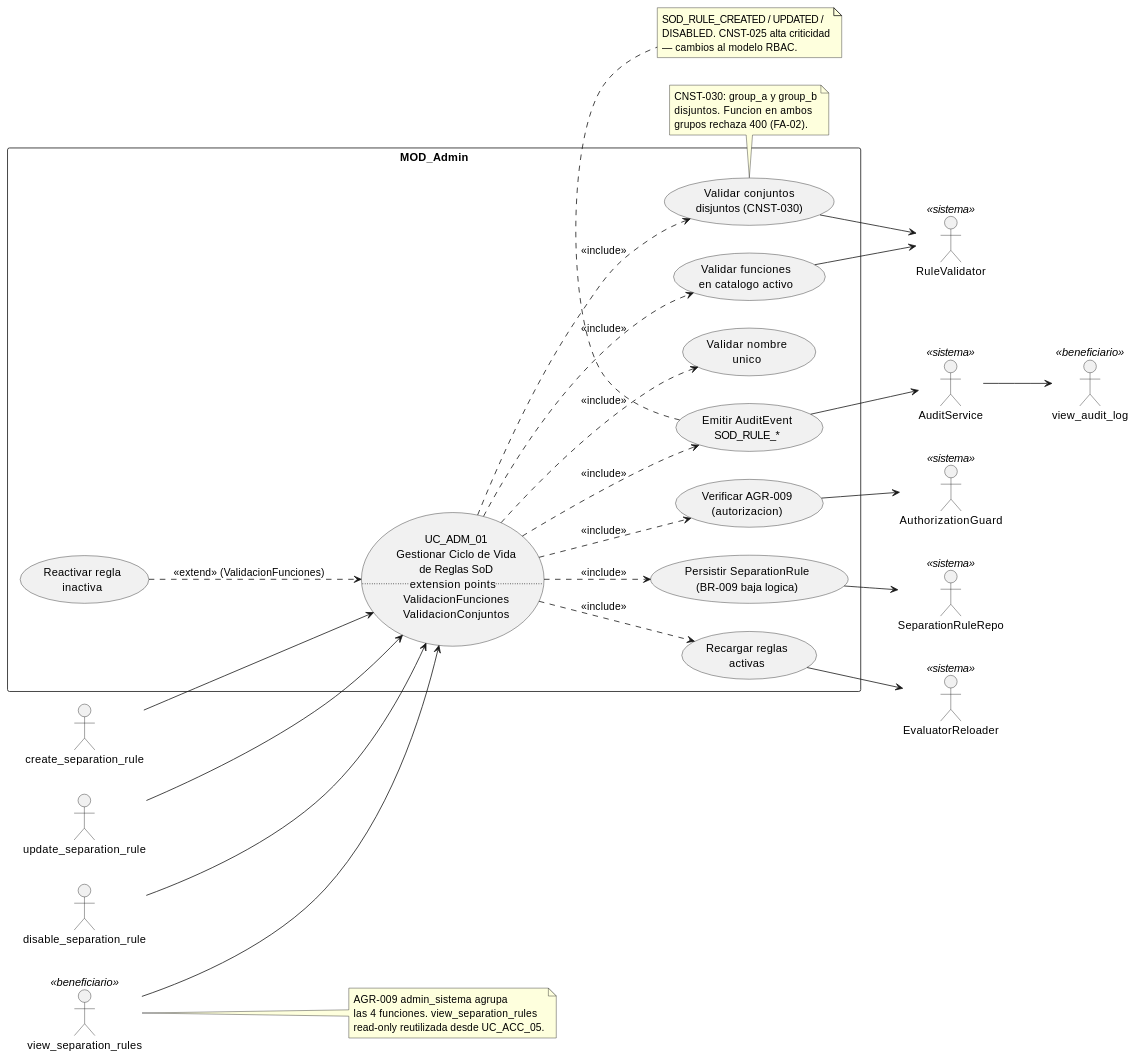
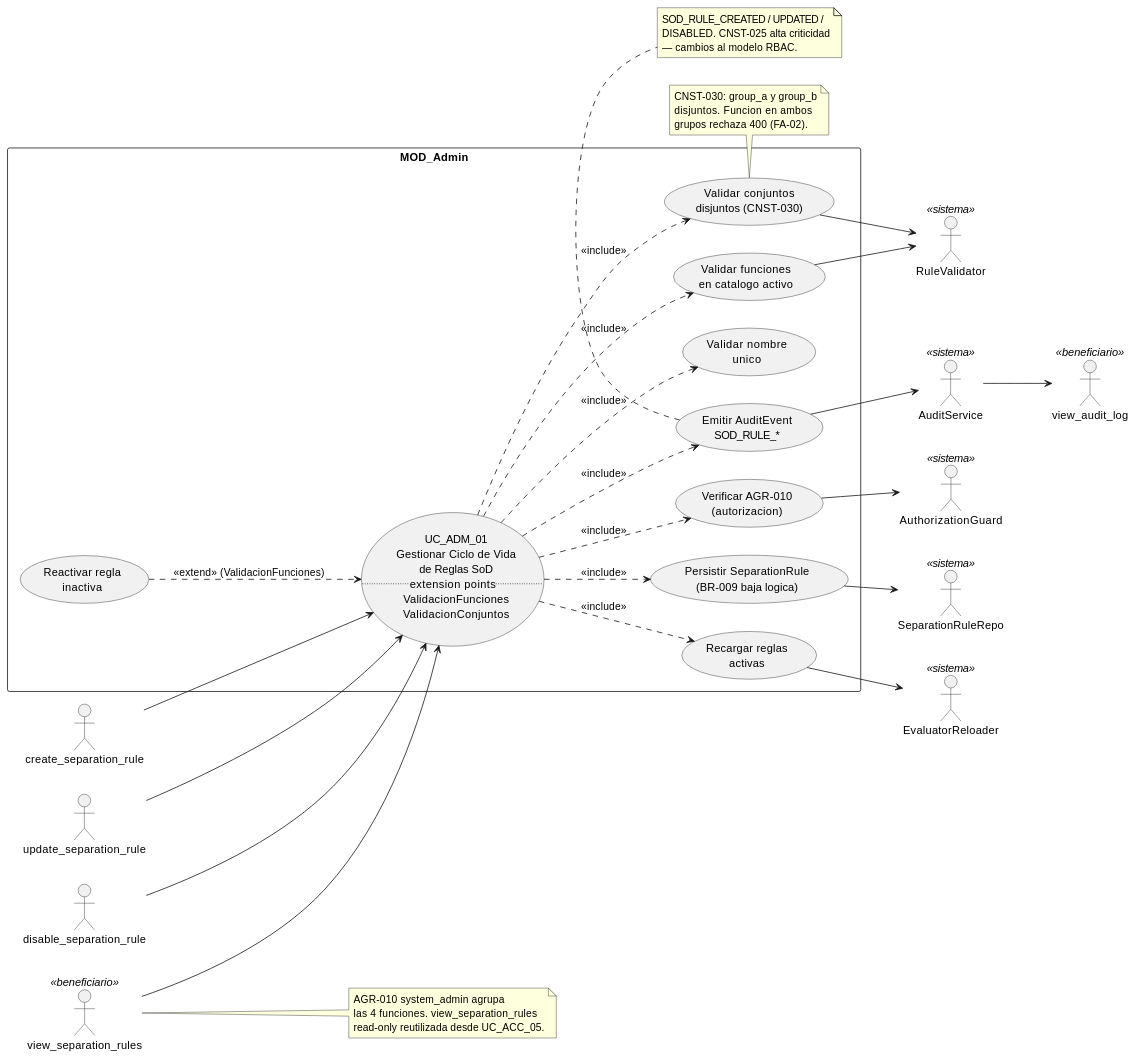
The diagram in source/arquitectura-tecnica/use-case-view/admin/uc-adm-01-gestionar-ciclo-de-vida-de-reglas-sod.rst (jcg-admin/IACT-docs), drawn with PlantUML before and after one commit. The commit also changed other lines of this file and 43 other files, not shown here.

First line of the commit message:
Highlight MOD_Admin as NEW v5.6.0 + fix AGR-009→AGR-010 in admin docs

```diff
--- a/source/arquitectura-tecnica/use-case-view/admin/uc-adm-01-gestionar-ciclo-de-vida-de-reglas-sod.rst
+++ b/source/arquitectura-tecnica/use-case-view/admin/uc-adm-01-gestionar-ciclo-de-vida-de-reglas-sod.rst
@@ -26,71 +26,71 @@
 .. uml::
  :caption: UC_ADM_01 — actores y casos asociados.
 
  @startuml
 
  left to right direction
 
  actor "create_separation_rule" as create_separation_rule
  actor "update_separation_rule" as update_separation_rule
  actor "disable_separation_rule" as disable_separation_rule
  actor "view_separation_rules" as view_separation_rules <<beneficiario>>
  actor "view_audit_log" as view_audit_log <<beneficiario>>
  actor "AuthorizationGuard" as AuthorizationGuard <<sistema>>
  actor "RuleValidator" as RuleValidator <<sistema>>
  actor "SeparationRuleRepo" as SeparationRuleRepo <<sistema>>
  actor "EvaluatorReloader" as EvaluatorReloader <<sistema>>
  actor "AuditService" as AuditService <<sistema>>
 
  rectangle "MOD_Admin" {
    usecase "UC_ADM_01\nGestionar Ciclo de Vida\nde Reglas SoD\n.. extension points ..\nValidacionFunciones\nValidacionConjuntos" as UC_ADM_01
-   usecase "Verificar AGR-009\n(autorizacion)" as VERIFICAR_AGR
+   usecase "Verificar AGR-010\n(autorizacion)" as VERIFICAR_AGR
    usecase "Validar conjuntos\ndisjuntos (CNST-030)" as VALIDAR_CONJUNTOS
    usecase "Validar funciones\nen catalogo activo" as VALIDAR_FUNCIONES
    usecase "Validar nombre\nunico" as VALIDAR_NOMBRE
    usecase "Persistir SeparationRule\n(BR-009 baja logica)" as PERSISTIR
    usecase "Emitir AuditEvent\nSOD_RULE_*" as AUDITAR
    usecase "Recargar reglas\nactivas" as RECARGAR
    usecase "Reactivar regla\ninactiva" as REACTIVAR
  }
 
  create_separation_rule --> UC_ADM_01
  update_separation_rule --> UC_ADM_01
  disable_separation_rule --> UC_ADM_01
  view_separation_rules --> UC_ADM_01
 
  UC_ADM_01 ..> VERIFICAR_AGR : <<include>>
  UC_ADM_01 ..> VALIDAR_CONJUNTOS : <<include>>
  UC_ADM_01 ..> VALIDAR_FUNCIONES : <<include>>
  UC_ADM_01 ..> VALIDAR_NOMBRE : <<include>>
  UC_ADM_01 ..> PERSISTIR : <<include>>
  UC_ADM_01 ..> AUDITAR : <<include>>
  UC_ADM_01 ..> RECARGAR : <<include>>
  REACTIVAR ..> UC_ADM_01 : <<extend>> (ValidacionFunciones)
 
  VERIFICAR_AGR --> AuthorizationGuard
  VALIDAR_CONJUNTOS --> RuleValidator
  VALIDAR_FUNCIONES --> RuleValidator
  PERSISTIR --> SeparationRuleRepo
  AUDITAR --> AuditService
  AuditService --> view_audit_log
  RECARGAR --> EvaluatorReloader
 
  note bottom of VALIDAR_CONJUNTOS
    CNST-030: group_a y group_b
    disjuntos. Funcion en ambos
    grupos rechaza 400 (FA-02).
  end note
 
  note bottom of AUDITAR
    SOD_RULE_CREATED / UPDATED /
    DISABLED. CNST-025 alta criticidad
    — cambios al modelo RBAC.
  end note
 
  note right of view_separation_rules
-   AGR-009 admin_sistema agrupa
+   AGR-010 system_admin agrupa
    las 4 funciones. view_separation_rules
    read-only reutilizada desde UC_ACC_05.
  end note
 
  @enduml
```
